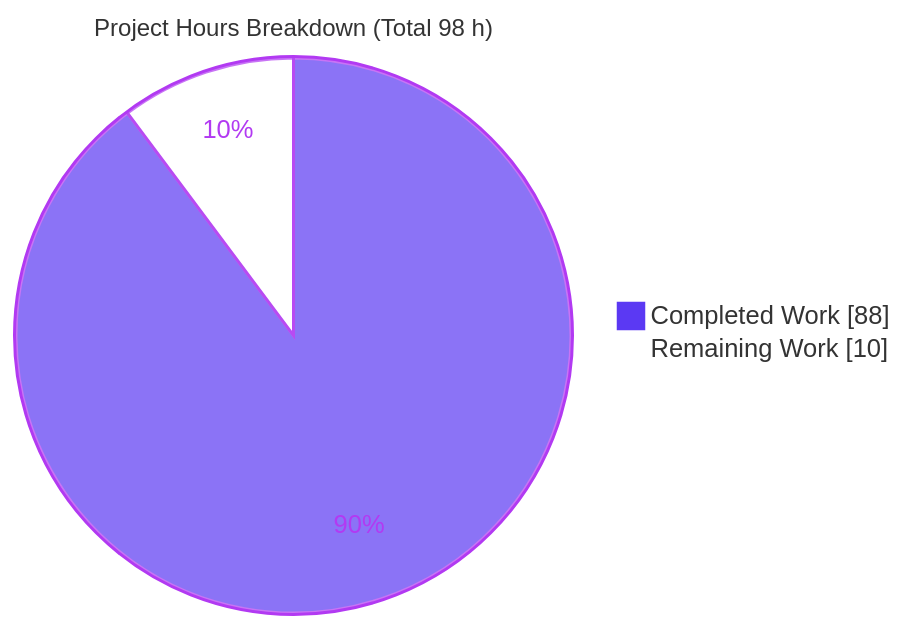
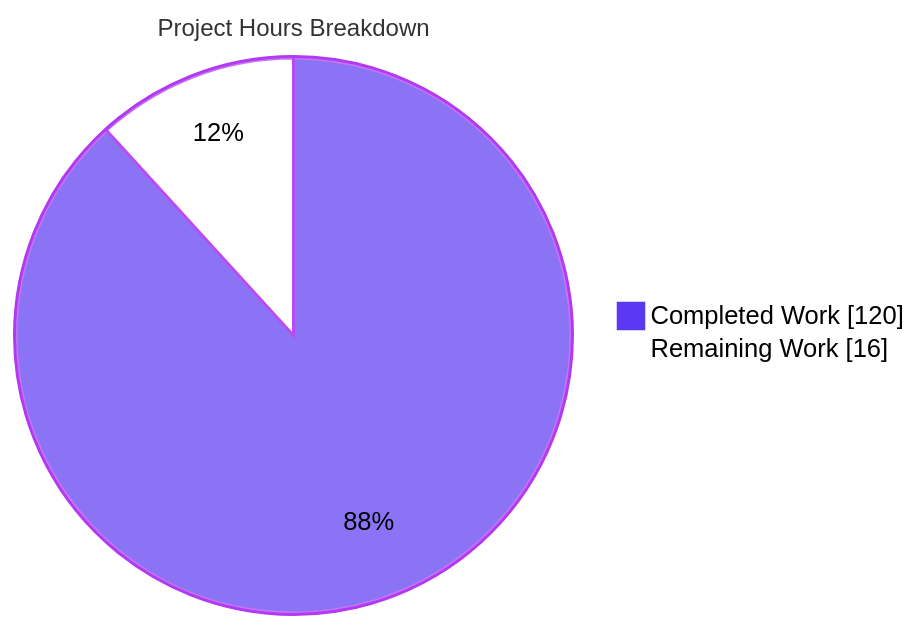
The second of 3 diagrams in blitzy/documentation/Project Guide.md (blitzy-public-samples/ardupilot-blitzy), drawn with Mermaid before and after one commit. The commit also changed other lines of this file, not shown here.

Commit message:
Adding Blitzy Project Guide: Project Status and Human Tasks Remaining

````diff
--- a/blitzy/documentation/Project Guide.md
+++ b/blitzy/documentation/Project Guide.md
@@ -189,6 +210,6 @@
 ```mermaid
-%%{init: {'theme':'base', 'themeVariables': {'pie1':'#5B39F3','pie2':'#FFFFFF','pieStrokeColor':'#B23AF2','pieStrokeWidth':'2px','pieOuterStrokeColor':'#B23AF2','pieOuterStrokeWidth':'2px','pieSectionTextColor':'#B23AF2','pieTitleTextSize':'16px'}}}%%
-pie showData title Project Hours Breakdown (Total 98 h)
-    "Completed Work" : 88
-    "Remaining Work" : 10
+%%{init: {'theme':'base','themeVariables':{'pie1':'#5B39F3','pie2':'#FFFFFF','pieStrokeColor':'#B23AF2','pieStrokeWidth':'2px','pieOuterStrokeColor':'#B23AF2','pieOuterStrokeWidth':'2px','pieSectionTextColor':'#000000','pieLegendTextColor':'#000000','pieTitleTextSize':'16px'}}}%%
+pie showData title Project Hours Breakdown
+    "Completed Work" : 120
+    "Remaining Work" : 16
 ```
````
